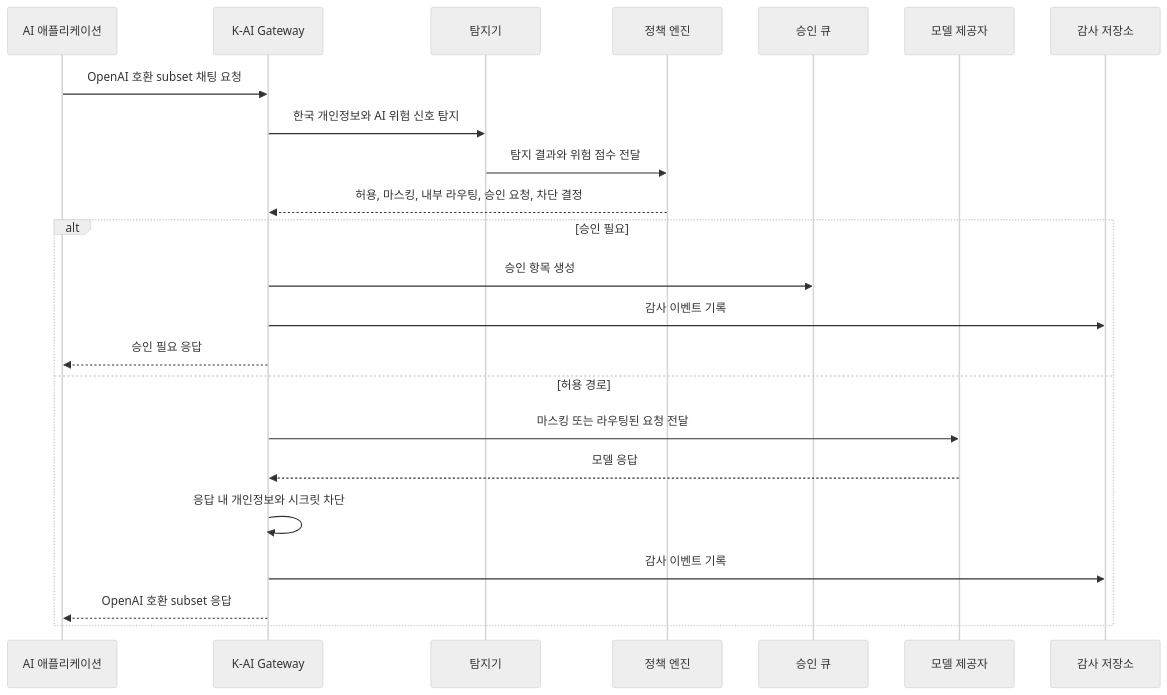
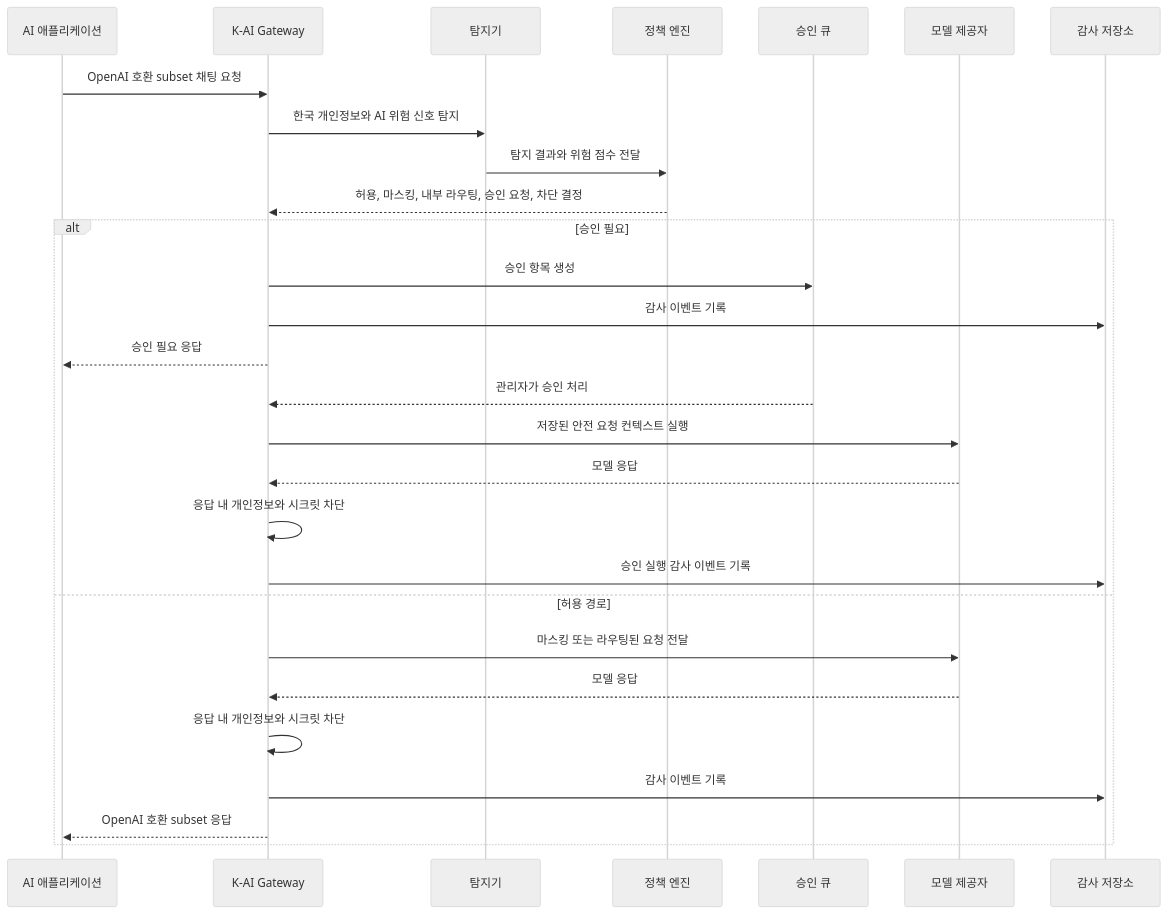
The second of 2 diagrams in README.ko.md (sinmb79/k-ai-security-gateway), drawn with Mermaid (neutral theme) before and after one commit. The commit also changed other lines of this file and 12 other files, not shown here.

````diff
--- a/README.ko.md
+++ b/README.ko.md
@@ -67,26 +67,31 @@
 ```mermaid
 sequenceDiagram
     participant App as AI 애플리케이션
     participant GW as K-AI Gateway
     participant D as 탐지기
     participant P as 정책 엔진
     participant Q as 승인 큐
     participant M as 모델 제공자
     participant A as 감사 저장소
 
     App->>GW: OpenAI 호환 subset 채팅 요청
     GW->>D: 한국 개인정보와 AI 위험 신호 탐지
     D->>P: 탐지 결과와 위험 점수 전달
     P-->>GW: 허용, 마스킹, 내부 라우팅, 승인 요청, 차단 결정
     alt 승인 필요
         GW->>Q: 승인 항목 생성
         GW->>A: 감사 이벤트 기록
         GW-->>App: 승인 필요 응답
+        Q-->>GW: 관리자가 승인 처리
+        GW->>M: 저장된 안전 요청 컨텍스트 실행
+        M-->>GW: 모델 응답
+        GW->>GW: 응답 내 개인정보와 시크릿 차단
+        GW->>A: 승인 실행 감사 이벤트 기록
     else 허용 경로
         GW->>M: 마스킹 또는 라우팅된 요청 전달
         M-->>GW: 모델 응답
         GW->>GW: 응답 내 개인정보와 시크릿 차단
         GW->>A: 감사 이벤트 기록
         GW-->>App: OpenAI 호환 subset 응답
     end
 ```
````
